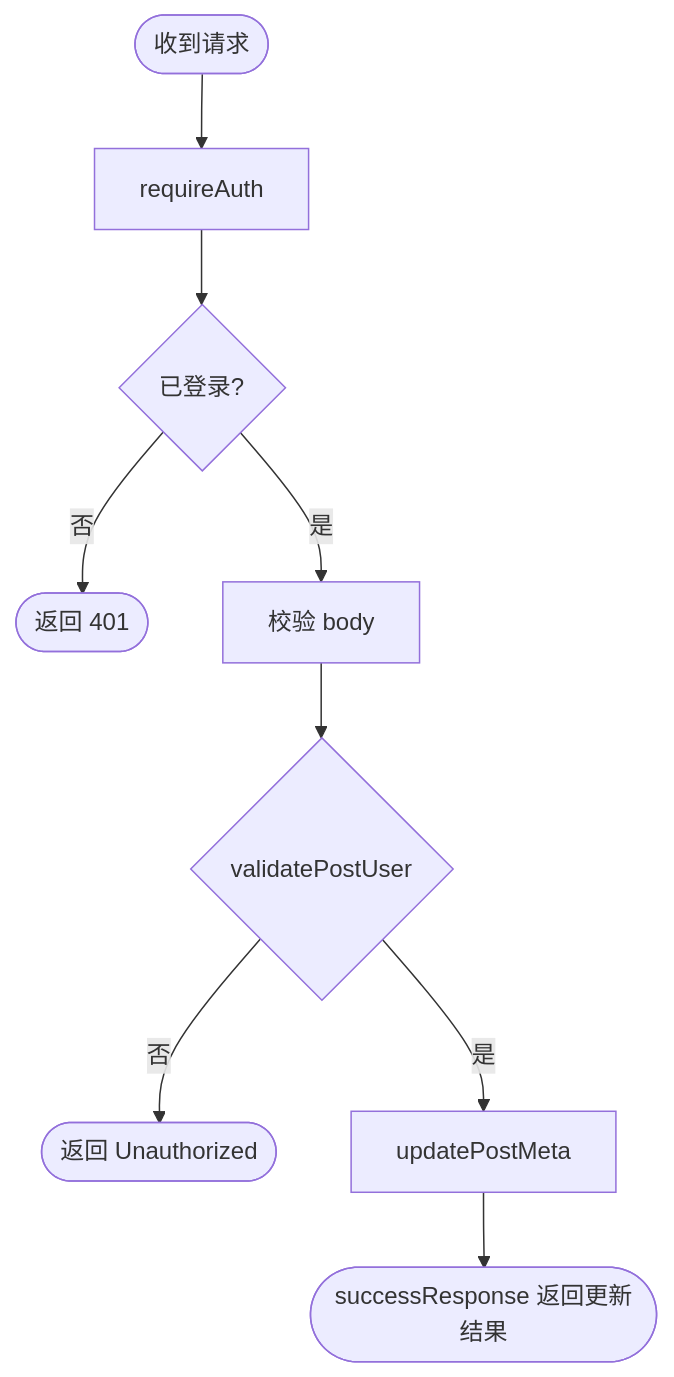
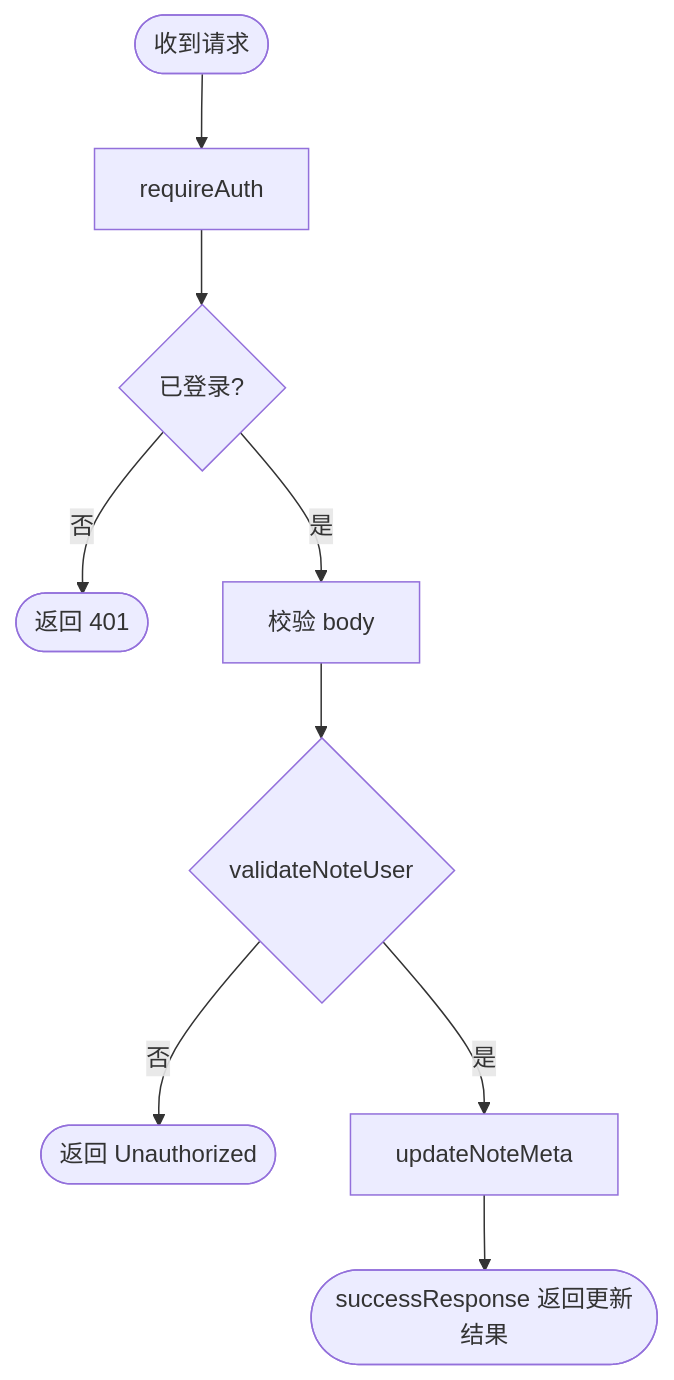
Before and after one commit to dawNotPoi/Nubbi: the third of 13 diagrams in docs/auth-api-catalog.md, drawn with Mermaid. The commit also changed other lines of this file and 61 other files, not shown here.

````diff
--- a/docs/auth-api-catalog.md
+++ b/docs/auth-api-catalog.md
@@ -277,11 +277,11 @@
 ```mermaid
 flowchart TD
   A([收到请求]) --> B[requireAuth]
   B --> C{已登录?}
   C -- 否 --> Z([返回 401])
   C -- 是 --> D[校验 body]
-  D --> E{validatePostUser}
+  D --> E{validateNoteUser}
   E -- 否 --> Y([返回 Unauthorized])
-  E -- 是 --> F[updatePostMeta]
+  E -- 是 --> F[updateNoteMeta]
   F --> G([successResponse 返回更新结果])
 ```
````
